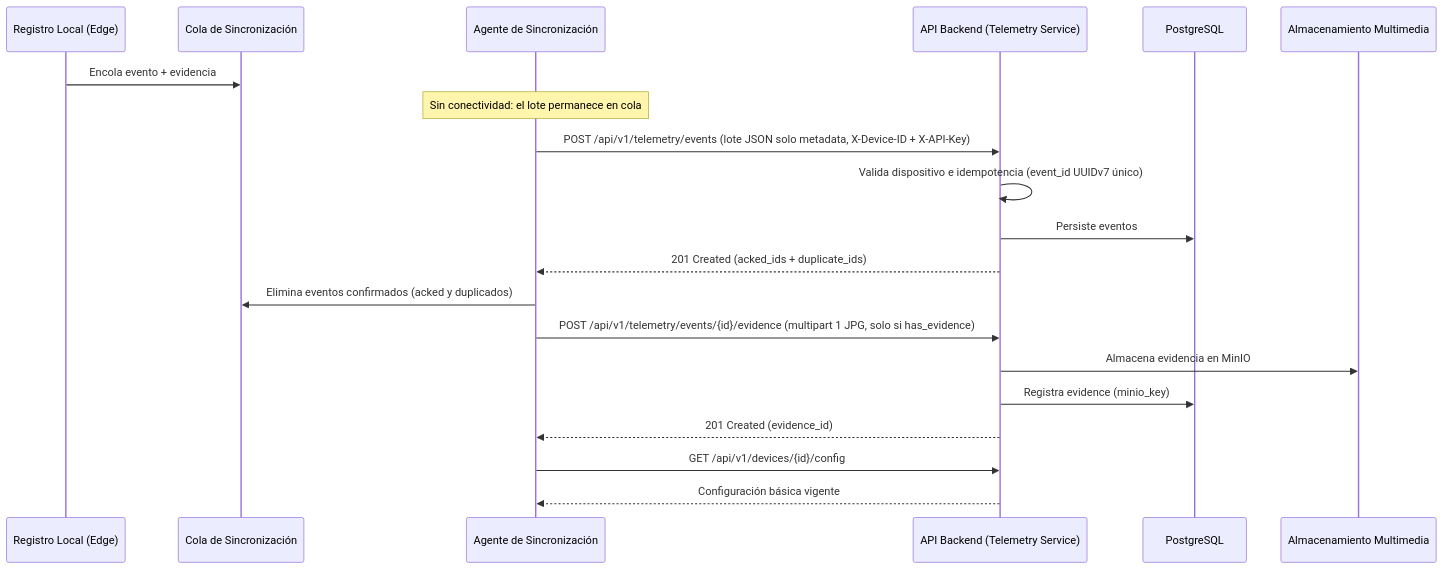
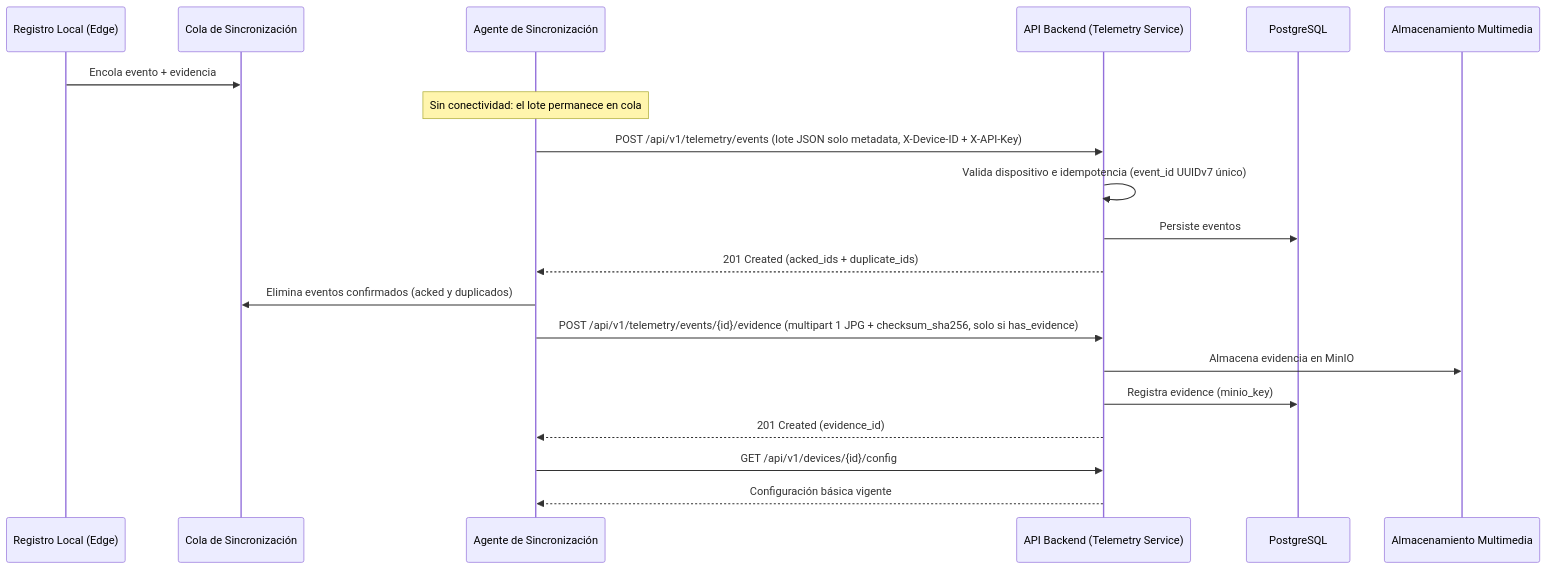
The diagram in docs/08-uml/diagrams/source/sd-offline-sync.mmd (SomnGuard/somnguard-docs), drawn with Mermaid before and after one commit. The commit also changed 17 other files, not shown here.

```diff
--- a/docs/08-uml/diagrams/source/sd-offline-sync.mmd
+++ b/docs/08-uml/diagrams/source/sd-offline-sync.mmd
@@ -1,21 +1,21 @@
 sequenceDiagram
     participant REG as Registro Local (Edge)
     participant COL as Cola de Sincronización
     participant AGT as Agente de Sincronización
     participant API as API Backend (Telemetry Service)
     participant DB as PostgreSQL
     participant STO as Almacenamiento Multimedia
 
     REG->>COL: Encola evento + evidencia
     Note over AGT: Sin conectividad: el lote permanece en cola
     AGT->>API: POST /api/v1/telemetry/events (lote JSON solo metadata, X-Device-ID + X-API-Key)
     API->>API: Valida dispositivo e idempotencia (event_id UUIDv7 único)
     API->>DB: Persiste eventos
     API-->>AGT: 201 Created (acked_ids + duplicate_ids)
     AGT->>COL: Elimina eventos confirmados (acked y duplicados)
-    AGT->>API: POST /api/v1/telemetry/events/{id}/evidence (multipart 1 JPG, solo si has_evidence)
+    AGT->>API: POST /api/v1/telemetry/events/{id}/evidence (multipart 1 JPG + checksum_sha256, solo si has_evidence)
     API->>STO: Almacena evidencia en MinIO
     API->>DB: Registra evidence (minio_key)
     API-->>AGT: 201 Created (evidence_id)
     AGT->>API: GET /api/v1/devices/{id}/config
     API-->>AGT: Configuración básica vigente
```
